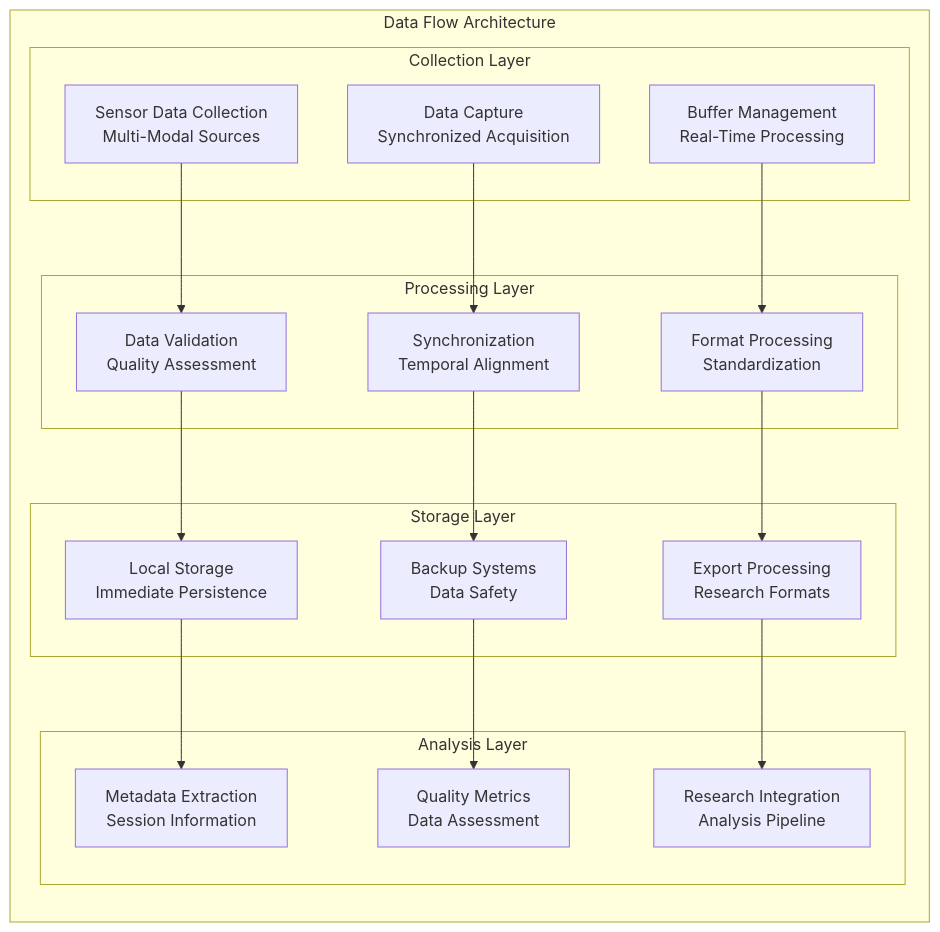
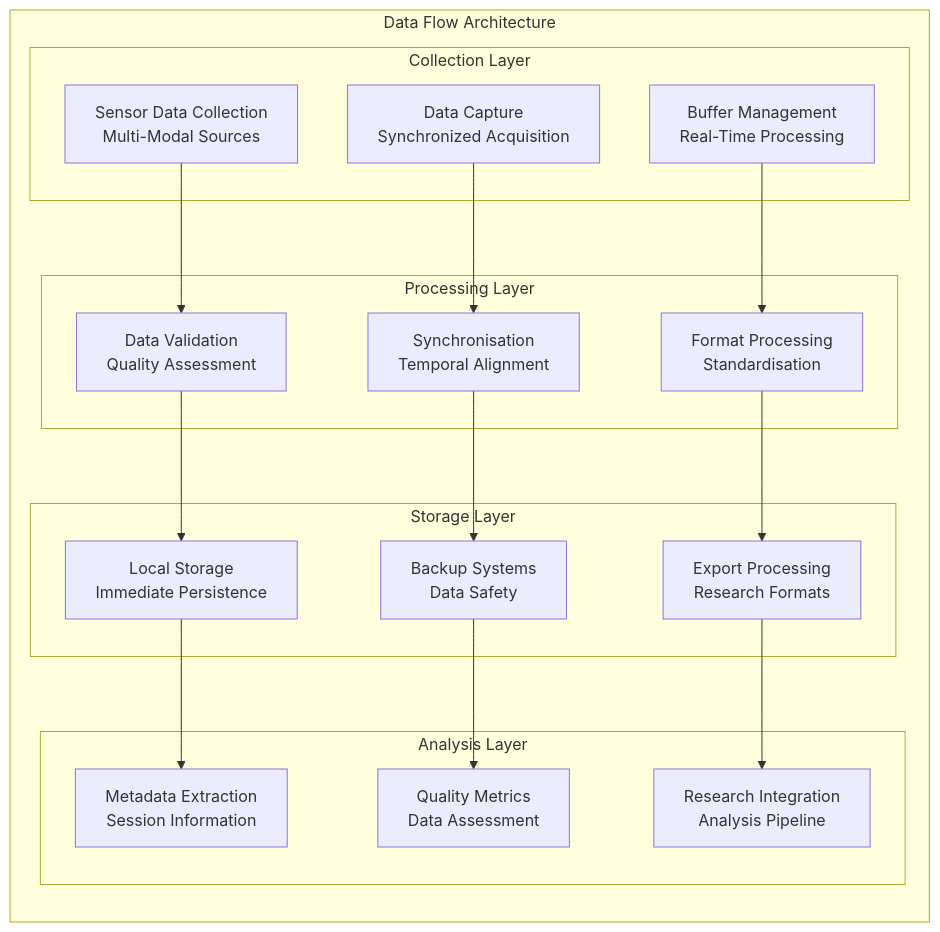
Before and after one commit to buccancs/fyp-multi-sensor-recording-system: the eighth of 8 diagrams in architecture.md, drawn with Mermaid. The commit also changed other lines of this file and 56 other files, not shown here.

````diff
--- a/architecture.md
+++ b/architecture.md
@@ -633,40 +633,40 @@
 ```mermaid
 graph LR
     subgraph "Data Flow Architecture"
         subgraph "Collection Layer"
             SENSORS[Sensor Data Collection<br/>Multi-Modal Sources]
             CAPTURE[Data Capture<br/>Synchronized Acquisition]
             BUFFER[Buffer Management<br/>Real-Time Processing]
         end
         
         subgraph "Processing Layer"
             VALIDATE[Data Validation<br/>Quality Assessment]
-            SYNC[Synchronization<br/>Temporal Alignment]
-            FORMAT[Format Processing<br/>Standardization]
+            SYNC[Synchronisation<br/>Temporal Alignment]
+            FORMAT[Format Processing<br/>Standardisation]
         end
         
         subgraph "Storage Layer"
             LOCAL[Local Storage<br/>Immediate Persistence]
             BACKUP[Backup Systems<br/>Data Safety]
             EXPORT[Export Processing<br/>Research Formats]
         end
         
         subgraph "Analysis Layer"
             METADATA[Metadata Extraction<br/>Session Information]
             QUALITY[Quality Metrics<br/>Data Assessment]
             RESEARCH[Research Integration<br/>Analysis Pipeline]
         end
     end
     
     SENSORS --> VALIDATE
     CAPTURE --> SYNC
     BUFFER --> FORMAT
     
     VALIDATE --> LOCAL
     SYNC --> BACKUP
     FORMAT --> EXPORT
     
     LOCAL --> METADATA
     BACKUP --> QUALITY
     EXPORT --> RESEARCH
 ```
````
